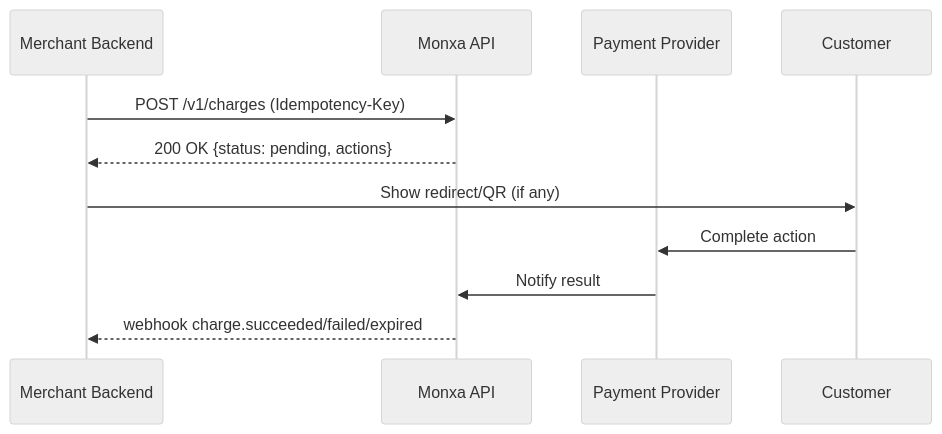
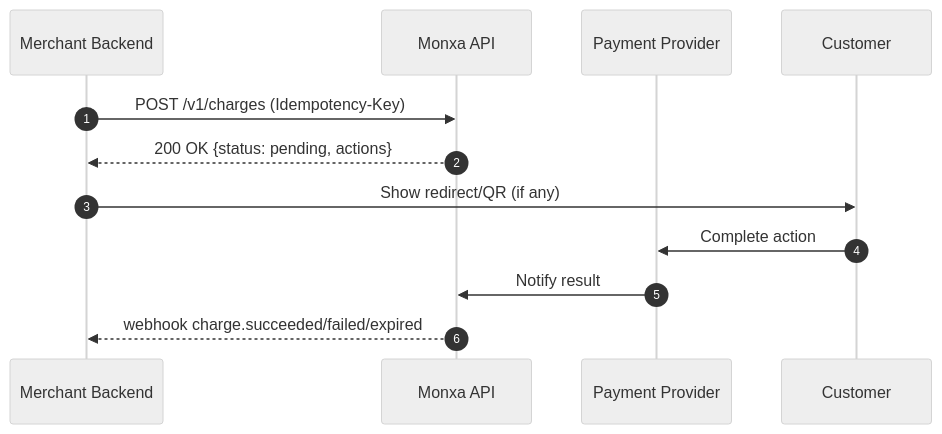
The first of 2 diagrams in payments/payment-flow.mdx (monxadev/docs), drawn with Mermaid (neutral theme) before and after one commit.

Commit message:
Documentation edits made through Mintlify web editor

````diff
--- a/payments/payment-flow.mdx
+++ b/payments/payment-flow.mdx
@@ -18,12 +18,13 @@
 ```mermaid
 sequenceDiagram
   participant M as Merchant Backend
   participant MX as Monxa API
   participant P as Payment Provider
+  autonumber
   M->>MX: POST /v1/charges (Idempotency-Key)
   MX-->>M: 200 OK {status: pending, actions}
   M->>Customer: Show redirect/QR (if any)
   Customer->>P: Complete action
   P->>MX: Notify result
   MX-->>M: webhook charge.succeeded/failed/expired
 ```
````
